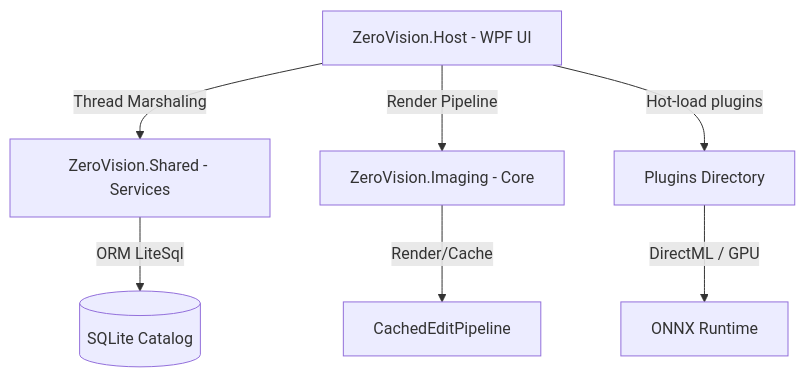
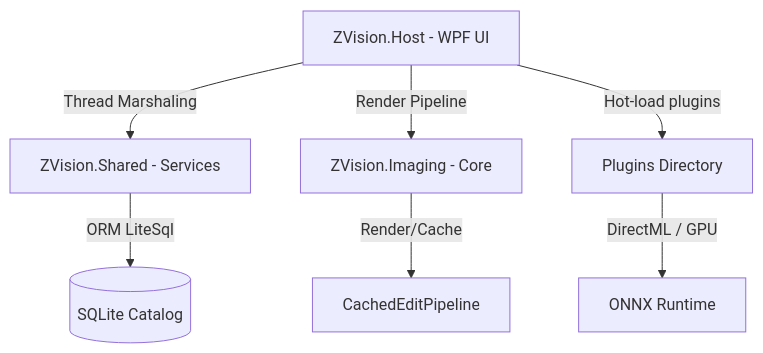
Before and after one commit to birhantprkc/AIImageTool: the first of 2 diagrams in SYSTEM_DOCUMENTATION.md, drawn with Mermaid. The commit also changed other lines of this file and 723 other files, not shown here.

Commit message:
refactor(ecosystem): rename ZeroVision to ZVision across solution, projects and namespaces

````diff
--- a/SYSTEM_DOCUMENTATION.md
+++ b/SYSTEM_DOCUMENTATION.md
@@ -11,9 +11,9 @@
 ```mermaid
 graph TD
-    UI[ZeroVision.Host - WPF UI] -->|Thread Marshaling| Shared[ZeroVision.Shared - Services]
-    UI -->|Render Pipeline| Imaging[ZeroVision.Imaging - Core]
+    UI[ZVision.Host - WPF UI] -->|Thread Marshaling| Shared[ZVision.Shared - Services]
+    UI -->|Render Pipeline| Imaging[ZVision.Imaging - Core]
     Shared -->|ORM LiteSql| DB[(SQLite Catalog)]
     Imaging -->|Render/Cache| Canvas[CachedEditPipeline]
     UI -->|Hot-load plugins| Plugins[Plugins Directory]
     Plugins -->|DirectML / GPU| ONNX[ONNX Runtime]
 ```
````
